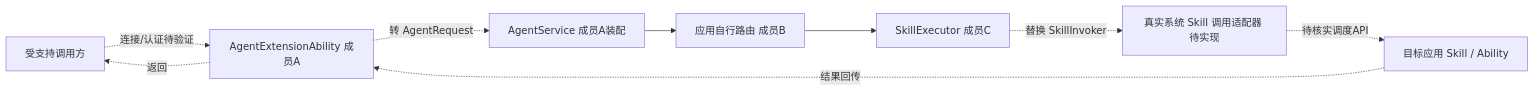
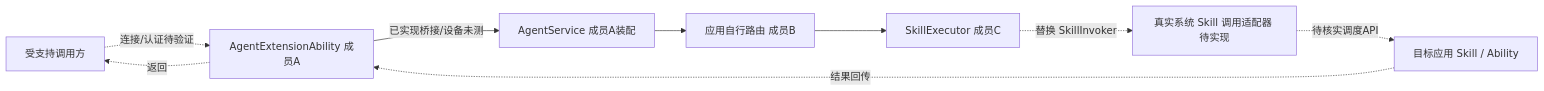
The third of 3 diagrams in docs/architecture.md (yaorz26/skill-for-harmony-G1-M1), drawn with Mermaid before and after one commit. The commit also changed other lines of this file and 24 other files, not shown here.

Commit message:
feat: integrate member B routing and implement Agent extension entry

````diff
--- a/docs/architecture.md
+++ b/docs/architecture.md
@@ -43,11 +47,11 @@
 ```mermaid
 flowchart LR
     Client[受支持调用方] -.连接/认证待验证.-> Extension[AgentExtensionAbility 成员A]
-    Extension -.转 AgentRequest.-> Agent[AgentService 成员A装配]
+    Extension -->|已实现桥接/设备未测| Agent[AgentService 成员A装配]
     Agent --> Routing[应用自行路由 成员B]
     Routing --> Executor[SkillExecutor 成员C]
     Executor -.替换 SkillInvoker.-> System[真实系统 Skill 调用适配器 待实现]
     System -.待核实调度API.-> Target[目标应用 Skill / Ability]
     Target -.结果回传.-> Extension
     Extension -.返回.-> Client
 ```
````
